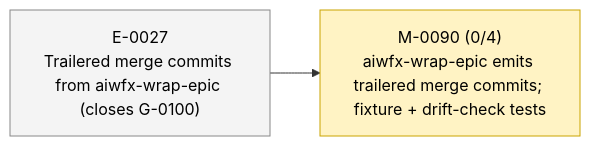
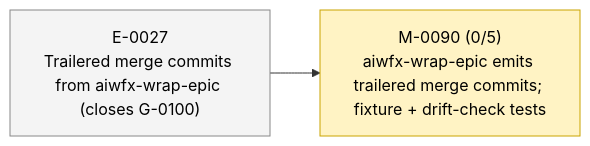
Before and after one commit to 23min/aiwf: the second of 2 diagrams in STATUS.md, drawn with Mermaid. The commit also changed other lines of this file and 1 other file, not shown here.

````diff
--- a/STATUS.md
+++ b/STATUS.md
@@ -51,12 +51,12 @@
 ```mermaid
 flowchart LR
   E_0027["E-0027<br/>Trailered merge commits from aiwfx-wrap-epic (closes G-0100)"]:::epic_proposed
-  M_0090["M-0090 (0/4)<br/>aiwfx-wrap-epic emits trailered merge commits; fixture + drift-check tests"]:::ms_in_progress
+  M_0090["M-0090 (0/5)<br/>aiwfx-wrap-epic emits trailered merge commits; fixture + drift-check tests"]:::ms_in_progress
   E_0027 --> M_0090
   classDef epic_active fill:#d6eaff,stroke:#1a73e8,color:#000
   classDef epic_proposed fill:#f4f4f4,stroke:#888,color:#000
   classDef ms_done fill:#d8f5d8,stroke:#2a8a2a,color:#000
   classDef ms_in_progress fill:#fff3c4,stroke:#caa400,color:#000
   classDef ms_draft fill:#f4f4f4,stroke:#888,color:#000
   classDef ms_cancelled fill:#fbeaea,stroke:#c33,color:#000
 ```
````
